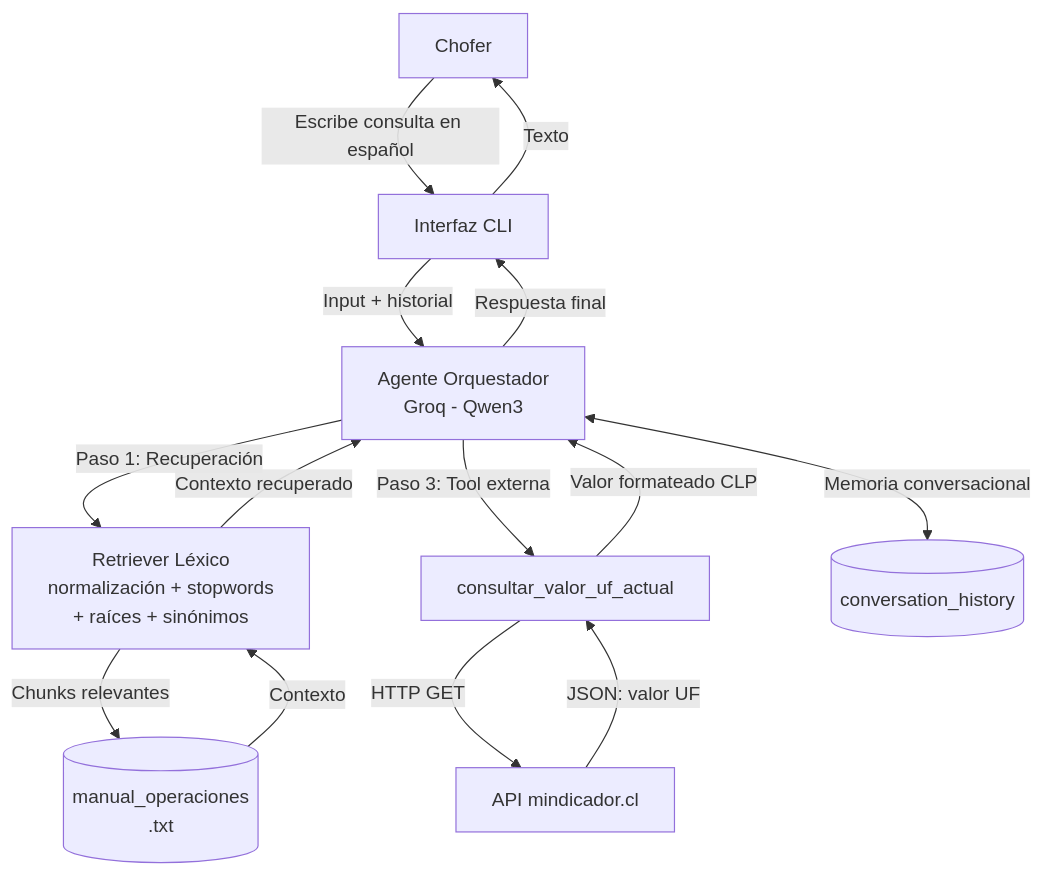
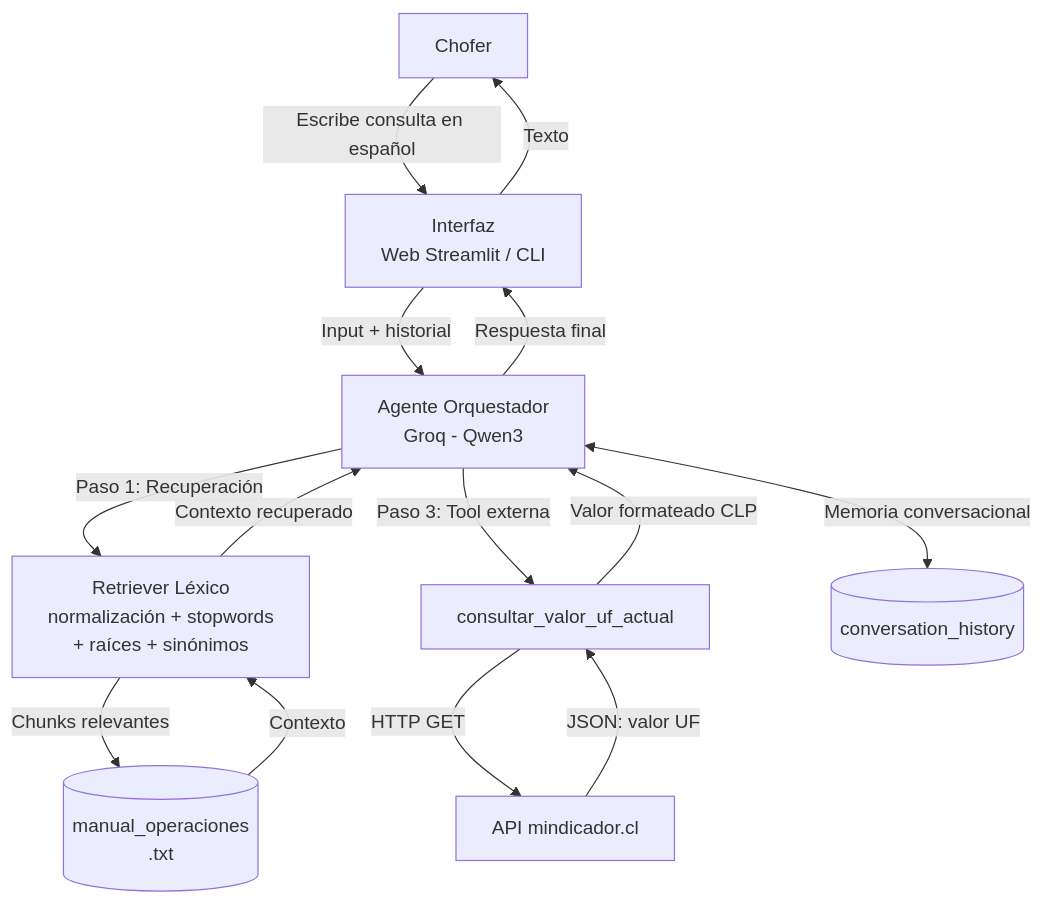
Before and after one commit to niccastillo23/ev1IA: the diagram in docs/arquitectura.md, drawn with Mermaid. The commit also changed other lines of this file and 5 other files, not shown here.

Commit message:
feat: interfaz web con Streamlit

````diff
--- a/docs/arquitectura.md
+++ b/docs/arquitectura.md
@@ -5,21 +5,21 @@
 ```mermaid
 flowchart TD
-    A[Chofer] -->|Escribe consulta en español| B[Interfaz CLI]
+    A[Chofer] -->|Escribe consulta en español| B[Interfaz<br/>Web Streamlit / CLI]
     B -->|Input + historial| C[Agente Orquestador<br/>Groq - Qwen3]
 
     C -->|Paso 1: Recuperación| D[Retriever Léxico<br/>normalización + stopwords<br/>+ raíces + sinónimos]
     C -->|Paso 3: Tool externa| E[consultar_valor_uf_actual]
 
     D -->|Chunks relevantes| F[(manual_operaciones<br/>.txt)]
     F -->|Contexto| D
     D -->|Contexto recuperado| C
 
     E -->|HTTP GET| G[API mindicador.cl]
     G -->|JSON: valor UF| E
     E -->|Valor formateado CLP| C
 
     C -->|Respuesta final| B
     B -->|Texto| A
 
     C <-->|Memoria conversacional| H[(conversation_history)]
 ```
````
